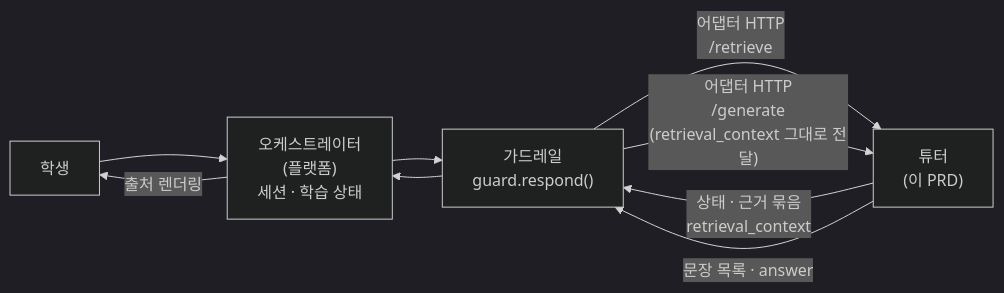
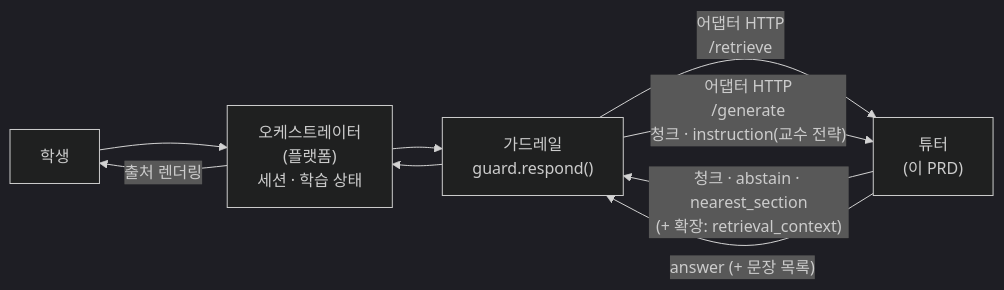
The first of 2 diagrams in tutor/docs/TUTOR_PRD.md (pataegonia/CheshireCat), drawn with Mermaid (dark theme) before and after one commit. The commit also changed other lines of this file, not shown here.

````diff
--- a/tutor/docs/TUTOR_PRD.md
+++ b/tutor/docs/TUTOR_PRD.md
@@ -209,11 +209,11 @@
 ```mermaid
 flowchart LR
   ST["학생"] --> OR["오케스트레이터<br/>(플랫폼)<br/>세션 · 학습 상태"]
   OR --> GU["가드레일<br/>guard.respond()"]
   GU -->|"어댑터 HTTP<br/>/retrieve"| TU["튜터<br/>(이 PRD)"]
-  TU -->|"상태 · 근거 묶음<br/>retrieval_context"| GU
-  GU -->|"어댑터 HTTP<br/>/generate<br/>(retrieval_context 그대로 전달)"| TU
-  TU -->|"문장 목록 · answer"| GU
+  TU -->|"청크 · abstain · nearest_section<br/>(+ 확장: retrieval_context)"| GU
+  GU -->|"어댑터 HTTP<br/>/generate<br/>청크 · instruction(교수 전략)"| TU
+  TU -->|"answer (+ 문장 목록)"| GU
   GU --> OR
   OR -->|"출처 렌더링"| ST
 ```
````
